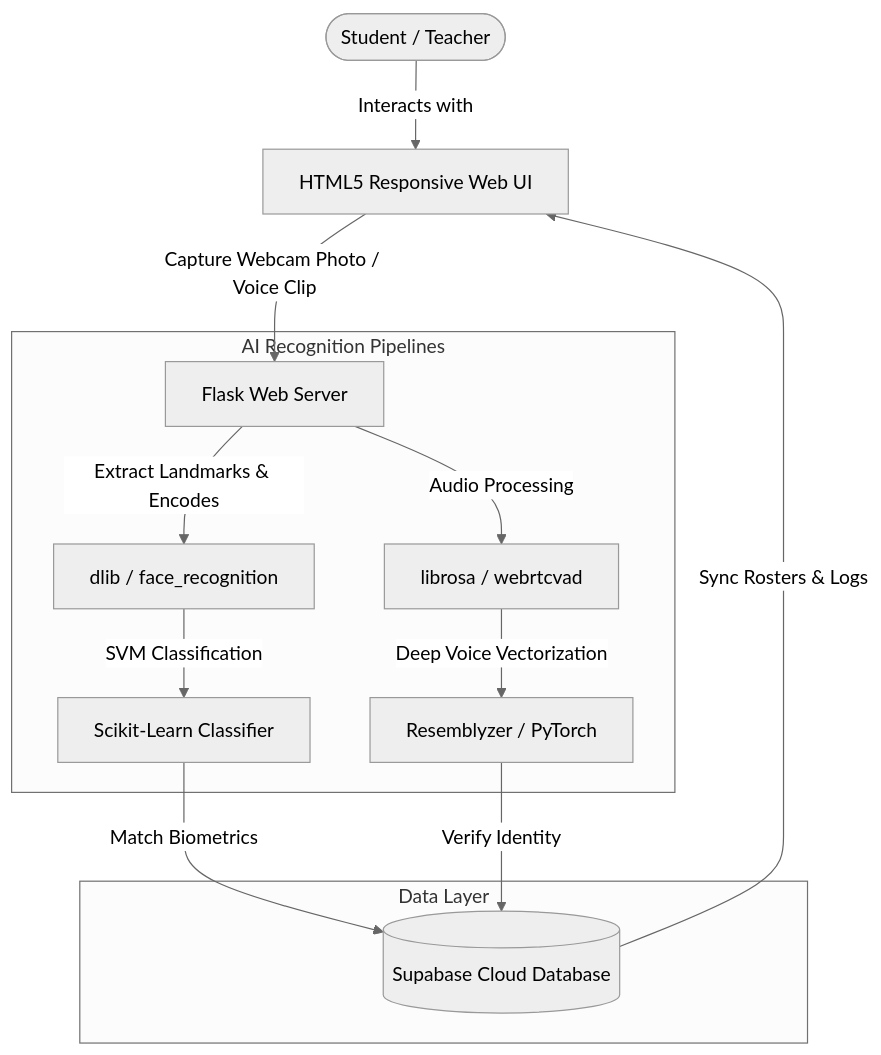
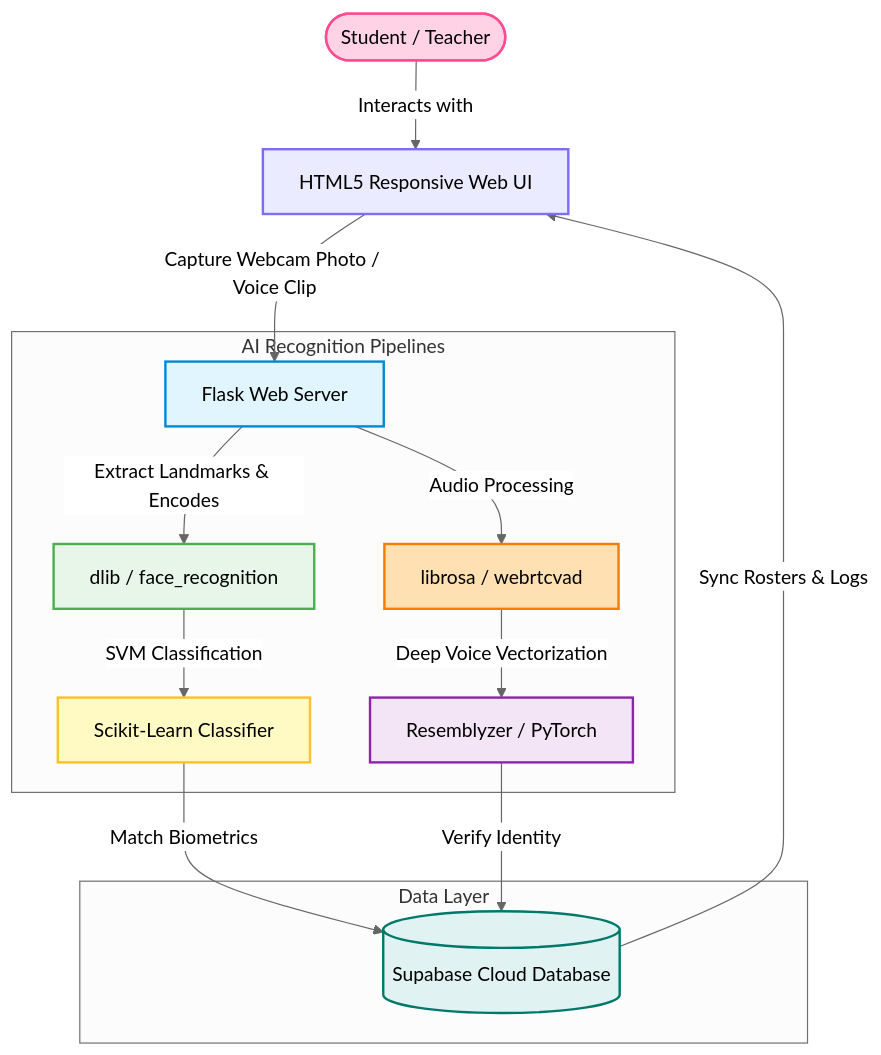
One commit to jadhavkrushna/ai-attendance-system changed the diagram in README.md. Above: the diagram before and after it, drawn with Mermaid (neutral theme). The commit also changed other lines of this file, not shown here.

Commit message:
docs: improve README layout and architecture diagram aesthetics

````diff
--- a/README.md
+++ b/README.md
@@ -34,20 +34,29 @@
 ```mermaid
 graph TD
     User([Student / Teacher]) -->|Interacts with| WebUI[HTML5 Responsive Web UI]
     WebUI -->|Capture Webcam Photo / Voice Clip| Flask[Flask Web Server]
     
     subgraph AI Recognition Pipelines
         Flask -->|Extract Landmarks & Encodes| Dlib[dlib / face_recognition]
         Dlib -->|SVM Classification| SVM[Scikit-Learn Classifier]
         
         Flask -->|Audio Processing| Librosa[librosa / webrtcvad]
         Librosa -->|Deep Voice Vectorization| Resemblyzer[Resemblyzer / PyTorch]
     end
     
     subgraph Data Layer
         SVM -->|Match Biometrics| Supabase[(Supabase Cloud Database)]
         Resemblyzer -->|Verify Identity| Supabase
     end
     
     Supabase -->|Sync Rosters & Logs| WebUI
+
+    style User fill:#FFD2E5,stroke:#FF4B91,stroke-width:2px,color:#000;
+    style WebUI fill:#EBEBFF,stroke:#7C6CF6,stroke-width:2px,color:#000;
+    style Flask fill:#E1F5FE,stroke:#0288D1,stroke-width:2px,color:#000;
+    style Dlib fill:#E8F5E9,stroke:#4CAF50,stroke-width:2px,color:#000;
+    style SVM fill:#FFF9C4,stroke:#FBC02D,stroke-width:2px,color:#000;
+    style Librosa fill:#FFE0B2,stroke:#F57C00,stroke-width:2px,color:#000;
+    style Resemblyzer fill:#F3E5F5,stroke:#8E24AA,stroke-width:2px,color:#000;
+    style Supabase fill:#E0F2F1,stroke:#00796B,stroke-width:2px,color:#000;
 ```
````
